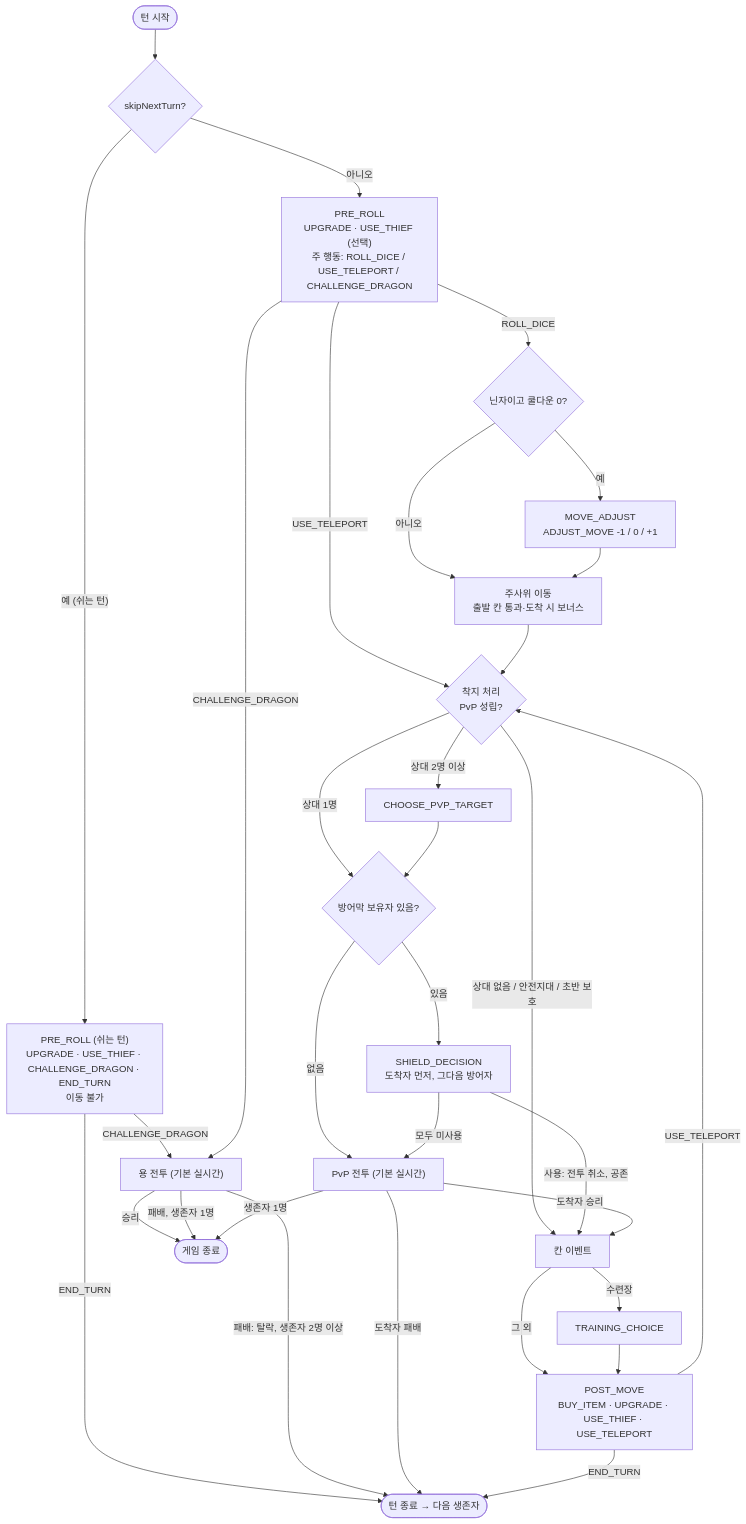
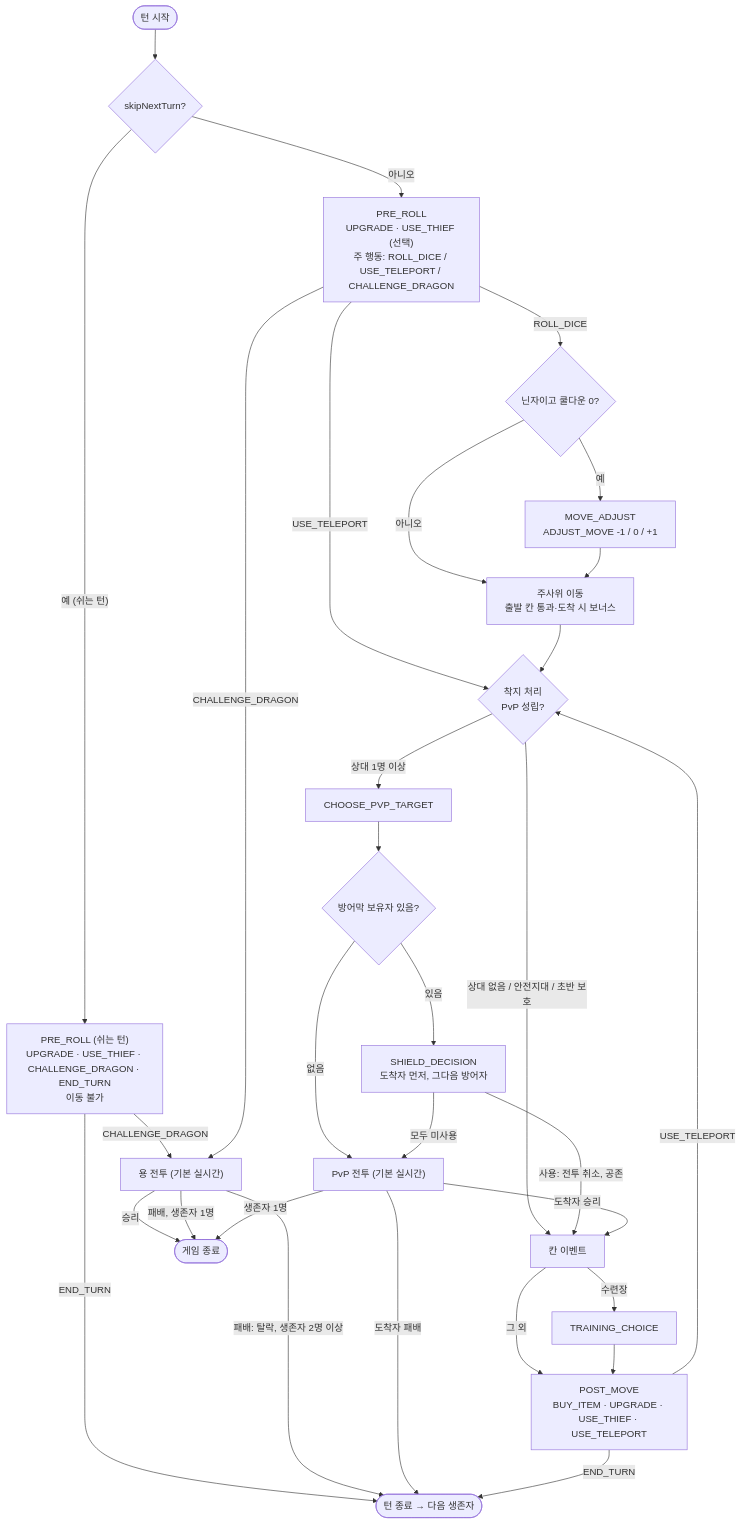
The diagram in docs/game-design.md (KR-penguin/Dragon-Rush), drawn with Mermaid before and after one commit. The commit also changed other lines of this file and 14 other files, not shown here.

````diff
--- a/docs/game-design.md
+++ b/docs/game-design.md
@@ -151,52 +151,51 @@
 ```mermaid
 flowchart TD
   ts(["턴 시작"])
   skipQ{"skipNextTurn?"}
   pre["PRE_ROLL<br/>UPGRADE · USE_THIEF (선택)<br/>주 행동: ROLL_DICE / USE_TELEPORT / CHALLENGE_DRAGON"]
   dragonFight["용 전투 (기본 실시간)"]
   adjQ{"닌자이고 쿨다운 0?"}
   adj["MOVE_ADJUST<br/>ADJUST_MOVE -1 / 0 / +1"]
   move["주사위 이동<br/>출발 칸 통과·도착 시 보너스"]
   land{"착지 처리<br/>PvP 성립?"}
   target["CHOOSE_PVP_TARGET"]
   shieldQ{"방어막 보유자 있음?"}
   shield["SHIELD_DECISION<br/>도착자 먼저, 그다음 방어자"]
   duel["PvP 전투 (기본 실시간)"]
   tile["칸 이벤트"]
   train["TRAINING_CHOICE"]
   post["POST_MOVE<br/>BUY_ITEM · UPGRADE · USE_THIEF · USE_TELEPORT"]
   turnEnd(["턴 종료 → 다음 생존자"])
   gameEnd(["게임 종료"])
 
   ts --> skipQ
   skipQ -->|"예 (쉬는 턴)"| rest["PRE_ROLL (쉬는 턴)<br/>UPGRADE · USE_THIEF · CHALLENGE_DRAGON · END_TURN<br/>이동 불가"]
   rest -->|"END_TURN"| turnEnd
   rest -->|"CHALLENGE_DRAGON"| dragonFight
   skipQ -->|"아니오"| pre
   pre -->|"CHALLENGE_DRAGON"| dragonFight
   dragonFight -->|"승리"| gameEnd
   dragonFight -->|"패배: 탈락, 생존자 2명 이상"| turnEnd
   dragonFight -->|"패배, 생존자 1명"| gameEnd
   pre -->|"ROLL_DICE"| adjQ
   adjQ -->|"예"| adj
   adjQ -->|"아니오"| move
   adj --> move
   pre -->|"USE_TELEPORT"| land
   move --> land
-  land -->|"상대 2명 이상"| target
-  land -->|"상대 1명"| shieldQ
+  land -->|"상대 1명 이상"| target
   land -->|"상대 없음 / 안전지대 / 초반 보호"| tile
   target --> shieldQ
   shieldQ -->|"있음"| shield
   shieldQ -->|"없음"| duel
   shield -->|"사용: 전투 취소, 공존"| tile
   shield -->|"모두 미사용"| duel
   duel -->|"도착자 승리"| tile
   duel -->|"도착자 패배"| turnEnd
   duel -->|"생존자 1명"| gameEnd
   tile -->|"수련장"| train
   tile -->|"그 외"| post
   train --> post
   post -->|"USE_TELEPORT"| land
   post -->|"END_TURN"| turnEnd
 ```
````
